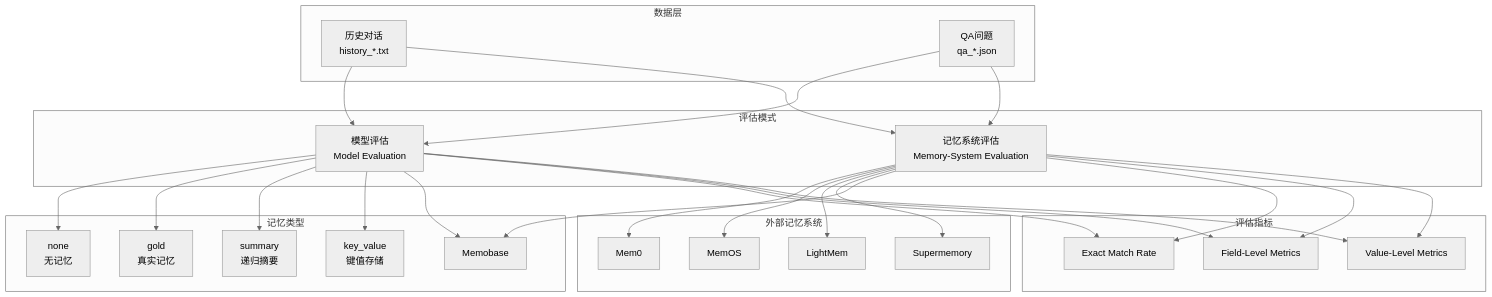
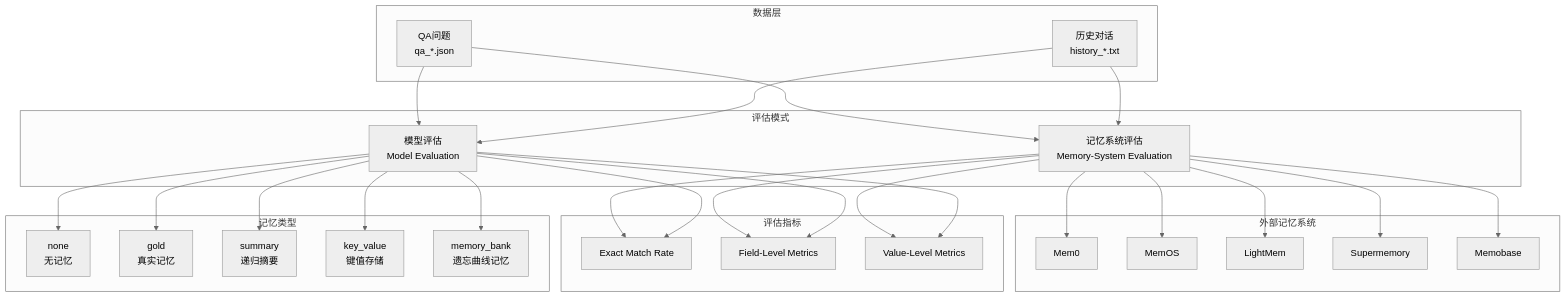
The second of 41 diagrams in BENCHMARK-VehicleMemBench.md (MiyakoMeow/DrivePal), drawn with Mermaid (neutral theme) before and after one commit. The commit also changed 1 other file, not shown here.

Commit message:
fix: resolve Mermaid node ID conflict and correct MINIMAX_API_KEY description
- Rename Memobase node from MB to MOB to avoid collision with memory_bank
- Fix MINIMAX_API_KEY description: used by 'balanced' group, not 'benchmark'

````diff
--- a/BENCHMARK-VehicleMemBench.md
+++ b/BENCHMARK-VehicleMemBench.md
@@ -60,55 +60,55 @@
 ```mermaid
 graph TB
     subgraph 数据层
         H[历史对话<br>history_*.txt]
         Q[QA问题<br>qa_*.json]
     end
     
     subgraph 评估模式
         ME[模型评估<br>Model Evaluation]
         MSE[记忆系统评估<br>Memory-System Evaluation]
     end
     
     subgraph 记忆类型
         NONE[none<br>无记忆]
         GOLD[gold<br>真实记忆]
         SUMMARY[summary<br>递归摘要]
         KV[key_value<br>键值存储]
         MB[memory_bank<br>遗忘曲线记忆]
     end
     
     subgraph 外部记忆系统
         M0[Mem0]
         MOS[MemOS]
         LM[LightMem]
         SM[Supermemory]
-        MB[Memobase]
+        MOB[Memobase]
     end
     
     subgraph 评估指标
         EMR[Exact Match Rate]
         FL[Field-Level Metrics]
         VL[Value-Level Metrics]
     end
     
     H --> ME
     H --> MSE
     Q --> ME
     Q --> MSE
     ME --> NONE
     ME --> GOLD
     ME --> SUMMARY
     ME --> KV
     ME --> MB
     MSE --> M0
     MSE --> MOS
     MSE --> LM
     MSE --> SM
-    MSE --> MB
+    MSE --> MOB
     ME --> EMR
     ME --> FL
     ME --> VL
     MSE --> EMR
     MSE --> FL
     MSE --> VL
 ```
````
